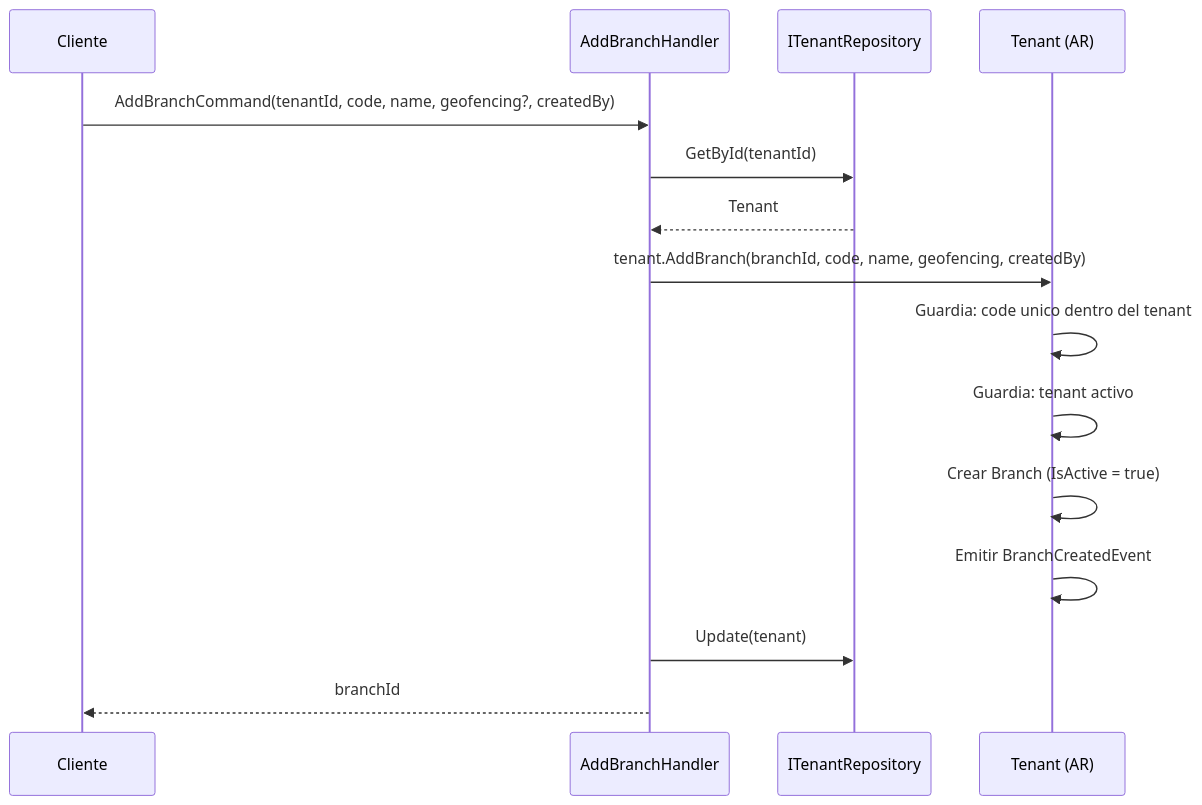
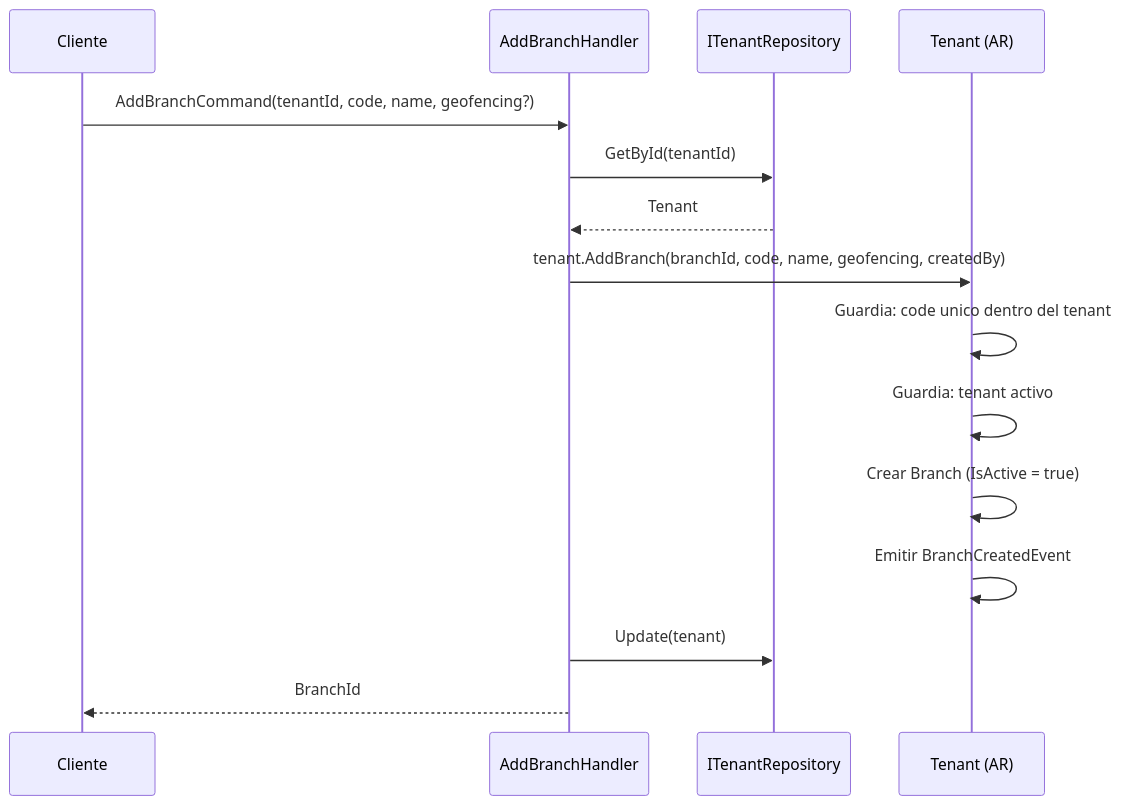
One commit to beyondnetcode/ums changed the third of 10 diagrams in docs/domain-es/identity/tenant.md. Above: the diagram before and after it, drawn with Mermaid. The commit also changed other lines of this file and 19 other files, not shown here.

````diff
--- a/docs/domain-es/identity/tenant.md
+++ b/docs/domain-es/identity/tenant.md
@@ -161,18 +223,18 @@
 ```mermaid
 sequenceDiagram
     participant C as Cliente
     participant H as AddBranchHandler
     participant R as ITenantRepository
     participant T as Tenant (AR)
 
-    C->>H: AddBranchCommand(tenantId, code, name, geofencing?, createdBy)
+    C->>H: AddBranchCommand(tenantId, code, name, geofencing?)
     H->>R: GetById(tenantId)
     R-->>H: Tenant
     H->>T: tenant.AddBranch(branchId, code, name, geofencing, createdBy)
     T->>T: Guardia: code unico dentro del tenant
     T->>T: Guardia: tenant activo
     T->>T: Crear Branch (IsActive = true)
     T->>T: Emitir BranchCreatedEvent
     H->>R: Update(tenant)
-    H-->>C: branchId
+    H-->>C: BranchId
 ```
````
